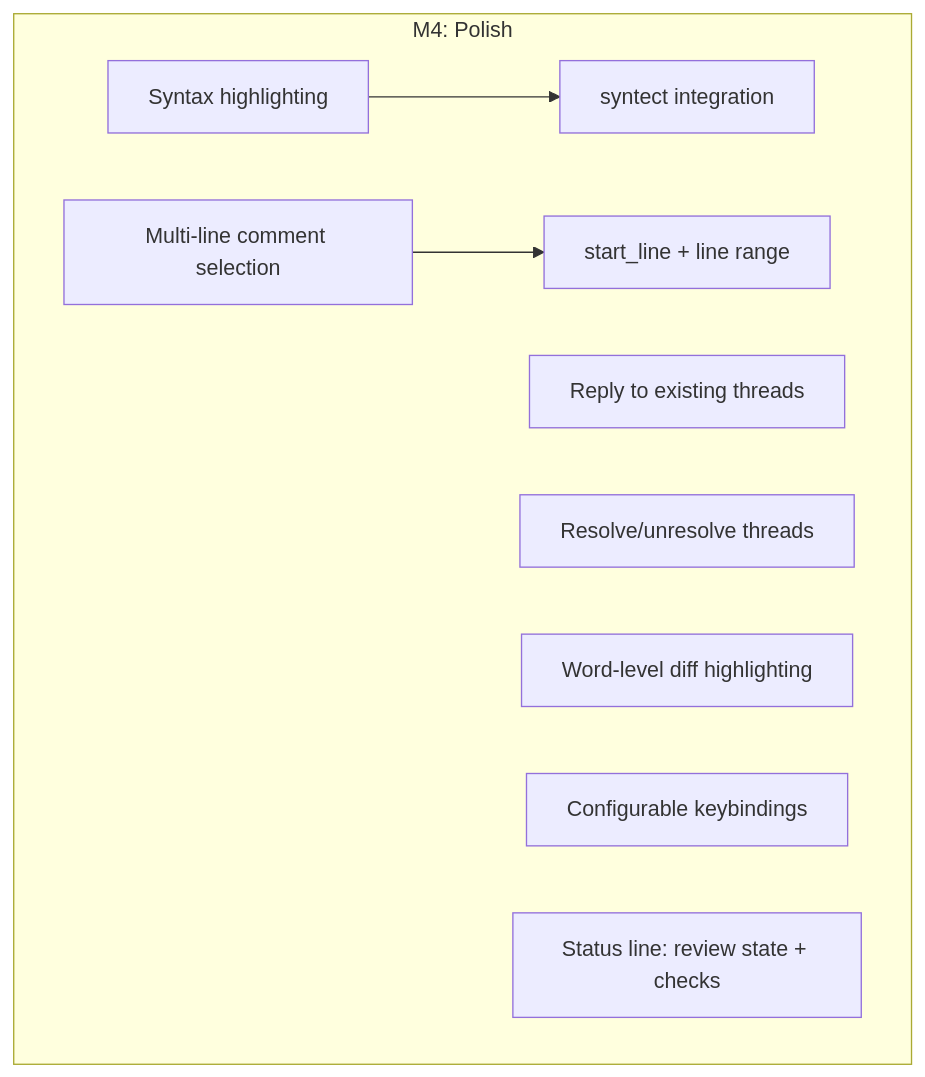
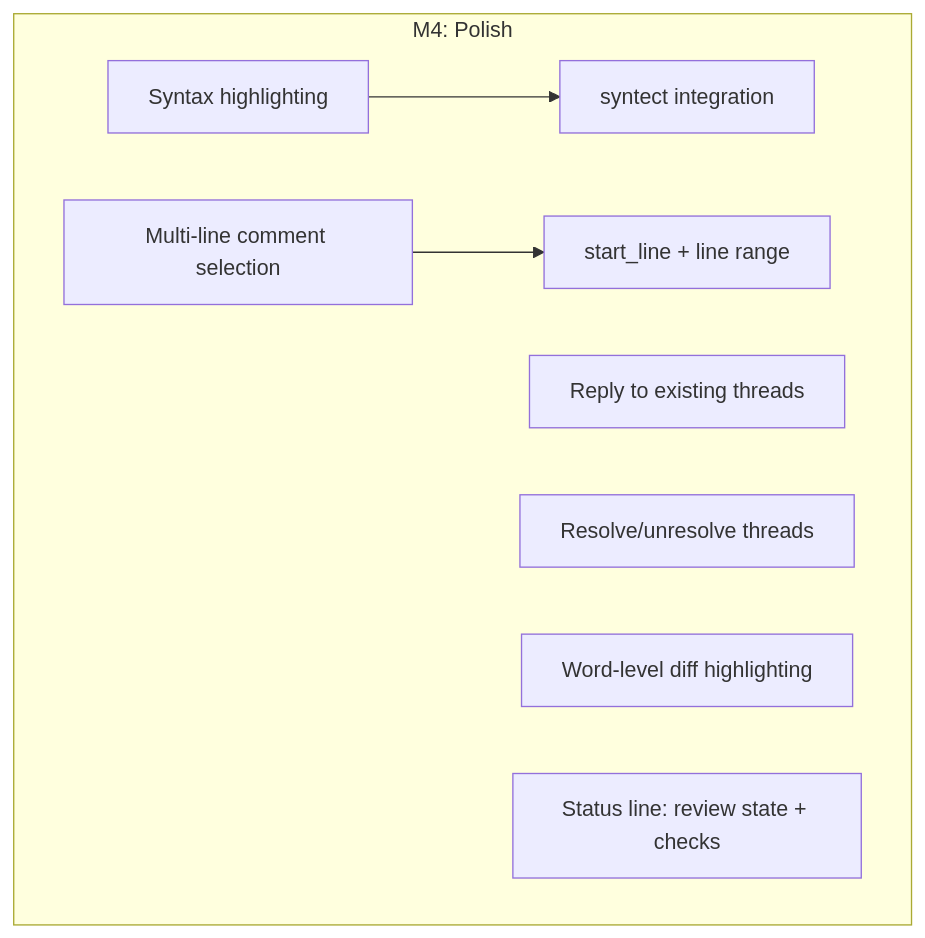
One commit to Neville-Loh/gh-review changed the seventh of 10 diagrams in docs/ROADMAP.md. Above: the diagram before and after it, drawn with Mermaid. The commit also changed other lines of this file and 1 other file, not shown here.

Commit message:
update roadmap for gh-review

````diff
--- a/docs/ROADMAP.md
+++ b/docs/ROADMAP.md
@@ -122,12 +158,11 @@
 ```mermaid
 graph TD
     subgraph m4 [M4: Polish]
         C1[Syntax highlighting] --> C2["syntect integration"]
         C3[Multi-line comment selection] --> C4["start_line + line range"]
         C5[Reply to existing threads]
         C6[Resolve/unresolve threads]
         C7[Word-level diff highlighting]
-        C8[Configurable keybindings]
         C9[Status line: review state + checks]
     end
 ```
````
